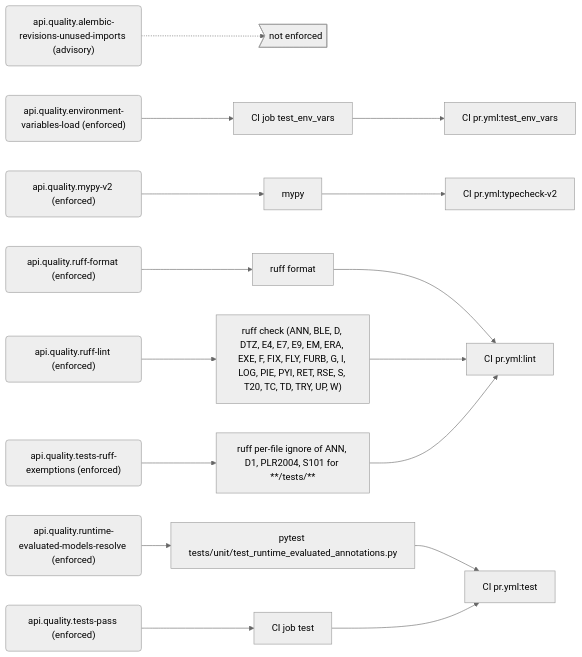
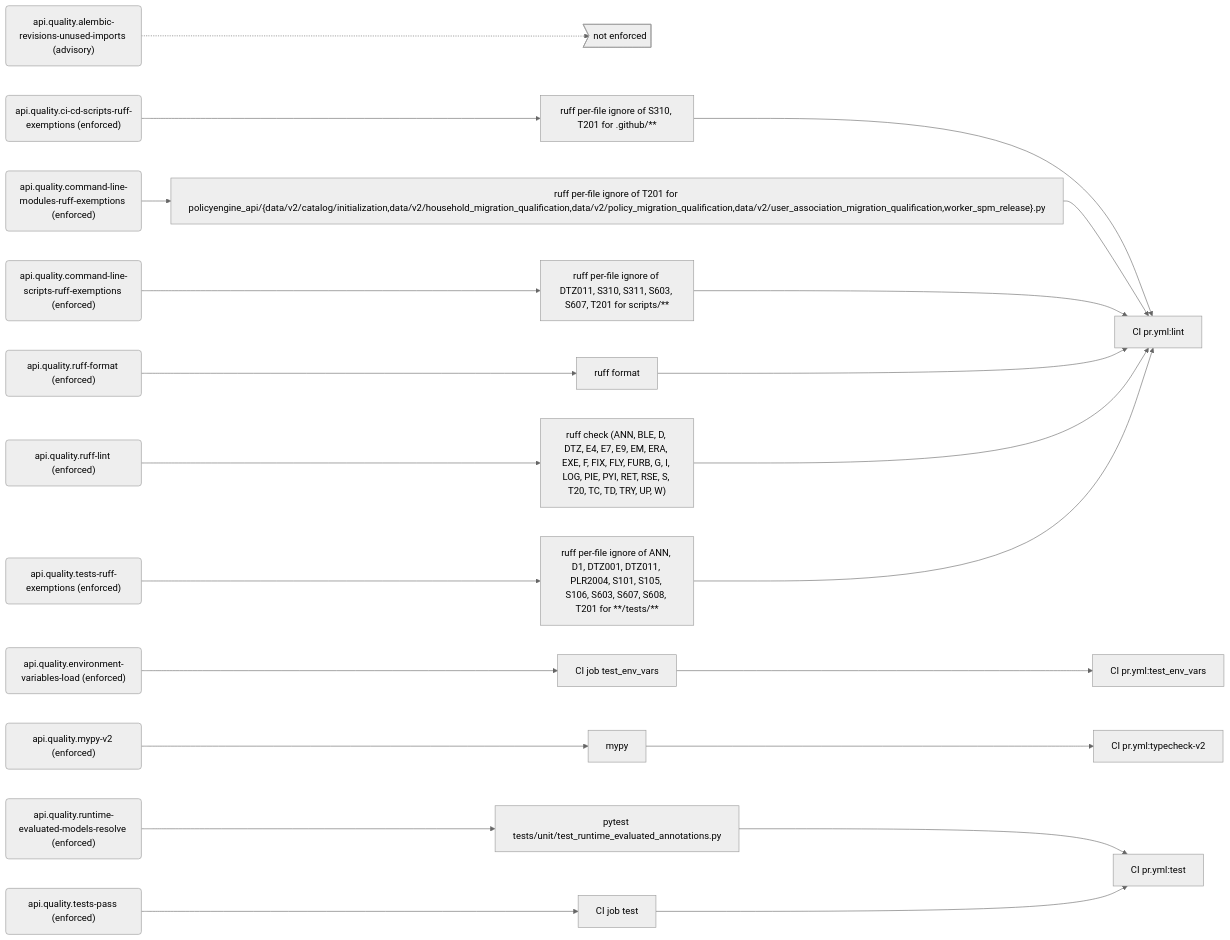
The sixth of 9 diagrams in docs/generated/rules.md (PolicyEngine/policyengine-api), drawn with Mermaid (neutral theme) before and after one commit. The commit also changed other lines of this file and 56 other files, not shown here.

````diff
--- a/docs/generated/rules.md
+++ b/docs/generated/rules.md
@@ -280,38 +283,50 @@
 ```mermaid
 flowchart LR
   r_api_quality_alembic_revisions_unused_imports("api.quality.alembic-revisions-unused-imports (advisory)")
   gap_unenforced>"not enforced"]
+  r_api_quality_ci_cd_scripts_ruff_exemptions("api.quality.ci-cd-scripts-ruff-exemptions (enforced)")
+  e_ruff_per_file_ignore_of_S310__T201_for__github___["ruff per-file ignore of S310, T201 for .github/**"]
+  j_CI_pr_yml_lint["CI pr.yml:lint"]
+  r_api_quality_command_line_modules_ruff_exemptions("api.quality.command-line-modules-ruff-exemptions (enforced)")
+  e_ruff_per_file_ignore_of_T201_for_policyengine_api__data_v2_catalog_initialization_data_v2_household_migration_qualification_data_v2_policy_migration_qualification_data_v2_user_association_migration_qualification_worker_spm_release__py["ruff per-file ignore of T201 for policyengine_api/{data/v2/catalog/initialization,data/v2/household_migration_qualification,data/v2/policy_migration_qualification,data/v2/user_association_migration_qualification,worker_spm_release}.py"]
+  r_api_quality_command_line_scripts_ruff_exemptions("api.quality.command-line-scripts-ruff-exemptions (enforced)")
+  e_ruff_per_file_ignore_of_DTZ011__S310__S311__S603__S607__T201_for_scripts___["ruff per-file ignore of DTZ011, S310, S311, S603, S607, T201 for scripts/**"]
   r_api_quality_environment_variables_load("api.quality.environment-variables-load (enforced)")
   e_CI_job_test_env_vars["CI job test_env_vars"]
   j_CI_pr_yml_test_env_vars["CI pr.yml:test_env_vars"]
   r_api_quality_mypy_v2("api.quality.mypy-v2 (enforced)")
   e_mypy["mypy"]
   j_CI_pr_yml_typecheck_v2["CI pr.yml:typecheck-v2"]
   r_api_quality_ruff_format("api.quality.ruff-format (enforced)")
   e_ruff_format["ruff format"]
-  j_CI_pr_yml_lint["CI pr.yml:lint"]
   r_api_quality_ruff_lint("api.quality.ruff-lint (enforced)")
   e_ruff_check__ANN__BLE__D__DTZ__E4__E7__E9__EM__ERA__EXE__F__FIX__FLY__FURB__G__I__LOG__PIE__PYI__RET__RSE__S__T20__TC__TD__TRY__UP__W_["ruff check (ANN, BLE, D, DTZ, E4, E7, E9, EM, ERA, EXE, F, FIX, FLY, FURB, G, I, LOG, PIE, PYI, RET, RSE, S, T20, TC, TD, TRY, UP, W)"]
   r_api_quality_runtime_evaluated_models_resolve("api.quality.runtime-evaluated-models-resolve (enforced)")
   e_pytest_tests_unit_test_runtime_evaluated_annotations_py["pytest tests/unit/test_runtime_evaluated_annotations.py"]
   j_CI_pr_yml_test["CI pr.yml:test"]
   r_api_quality_tests_pass("api.quality.tests-pass (enforced)")
   e_CI_job_test["CI job test"]
   r_api_quality_tests_ruff_exemptions("api.quality.tests-ruff-exemptions (enforced)")
-  e_ruff_per_file_ignore_of_ANN__D1__PLR2004__S101_for____tests___["ruff per-file ignore of ANN, D1, PLR2004, S101 for **/tests/**"]
+  e_ruff_per_file_ignore_of_ANN__D1__DTZ001__DTZ011__PLR2004__S101__S105__S106__S603__S607__S608__T201_for____tests___["ruff per-file ignore of ANN, D1, DTZ001, DTZ011, PLR2004, S101, S105, S106, S603, S607, S608, T201 for **/tests/**"]
   r_api_quality_alembic_revisions_unused_imports -.-> gap_unenforced
+  r_api_quality_ci_cd_scripts_ruff_exemptions --> e_ruff_per_file_ignore_of_S310__T201_for__github___
+  e_ruff_per_file_ignore_of_S310__T201_for__github___ --> j_CI_pr_yml_lint
+  r_api_quality_command_line_modules_ruff_exemptions --> e_ruff_per_file_ignore_of_T201_for_policyengine_api__data_v2_catalog_initialization_data_v2_household_migration_qualification_data_v2_policy_migration_qualification_data_v2_user_association_migration_qualification_worker_spm_release__py
+  e_ruff_per_file_ignore_of_T201_for_policyengine_api__data_v2_catalog_initialization_data_v2_household_migration_qualification_data_v2_policy_migration_qualification_data_v2_user_association_migration_qualification_worker_spm_release__py --> j_CI_pr_yml_lint
+  r_api_quality_command_line_scripts_ruff_exemptions --> e_ruff_per_file_ignore_of_DTZ011__S310__S311__S603__S607__T201_for_scripts___
+  e_ruff_per_file_ignore_of_DTZ011__S310__S311__S603__S607__T201_for_scripts___ --> j_CI_pr_yml_lint
   r_api_quality_environment_variables_load --> e_CI_job_test_env_vars
   e_CI_job_test_env_vars --> j_CI_pr_yml_test_env_vars
   r_api_quality_mypy_v2 --> e_mypy
   e_mypy --> j_CI_pr_yml_typecheck_v2
   r_api_quality_ruff_format --> e_ruff_format
   e_ruff_format --> j_CI_pr_yml_lint
   r_api_quality_ruff_lint --> e_ruff_check__ANN__BLE__D__DTZ__E4__E7__E9__EM__ERA__EXE__F__FIX__FLY__FURB__G__I__LOG__PIE__PYI__RET__RSE__S__T20__TC__TD__TRY__UP__W_
   e_ruff_check__ANN__BLE__D__DTZ__E4__E7__E9__EM__ERA__EXE__F__FIX__FLY__FURB__G__I__LOG__PIE__PYI__RET__RSE__S__T20__TC__TD__TRY__UP__W_ --> j_CI_pr_yml_lint
   r_api_quality_runtime_evaluated_models_resolve --> e_pytest_tests_unit_test_runtime_evaluated_annotations_py
   e_pytest_tests_unit_test_runtime_evaluated_annotations_py --> j_CI_pr_yml_test
   r_api_quality_tests_pass --> e_CI_job_test
   e_CI_job_test --> j_CI_pr_yml_test
-  r_api_quality_tests_ruff_exemptions --> e_ruff_per_file_ignore_of_ANN__D1__PLR2004__S101_for____tests___
-  e_ruff_per_file_ignore_of_ANN__D1__PLR2004__S101_for____tests___ --> j_CI_pr_yml_lint
+  r_api_quality_tests_ruff_exemptions --> e_ruff_per_file_ignore_of_ANN__D1__DTZ001__DTZ011__PLR2004__S101__S105__S106__S603__S607__S608__T201_for____tests___
+  e_ruff_per_file_ignore_of_ANN__D1__DTZ001__DTZ011__PLR2004__S101__S105__S106__S603__S607__S608__T201_for____tests___ --> j_CI_pr_yml_lint
 ```
````
